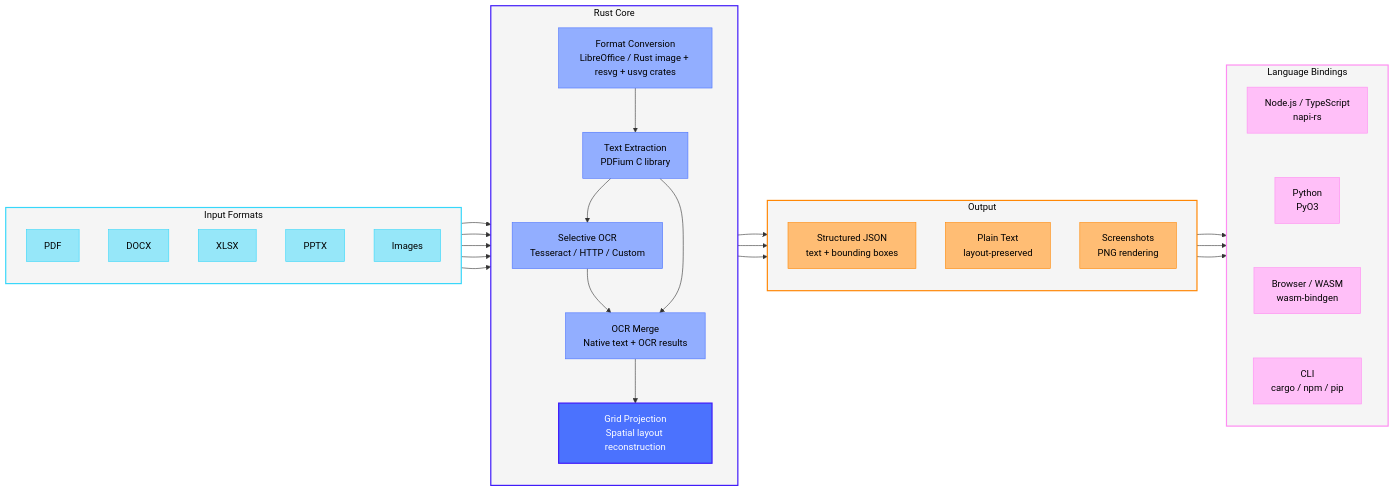
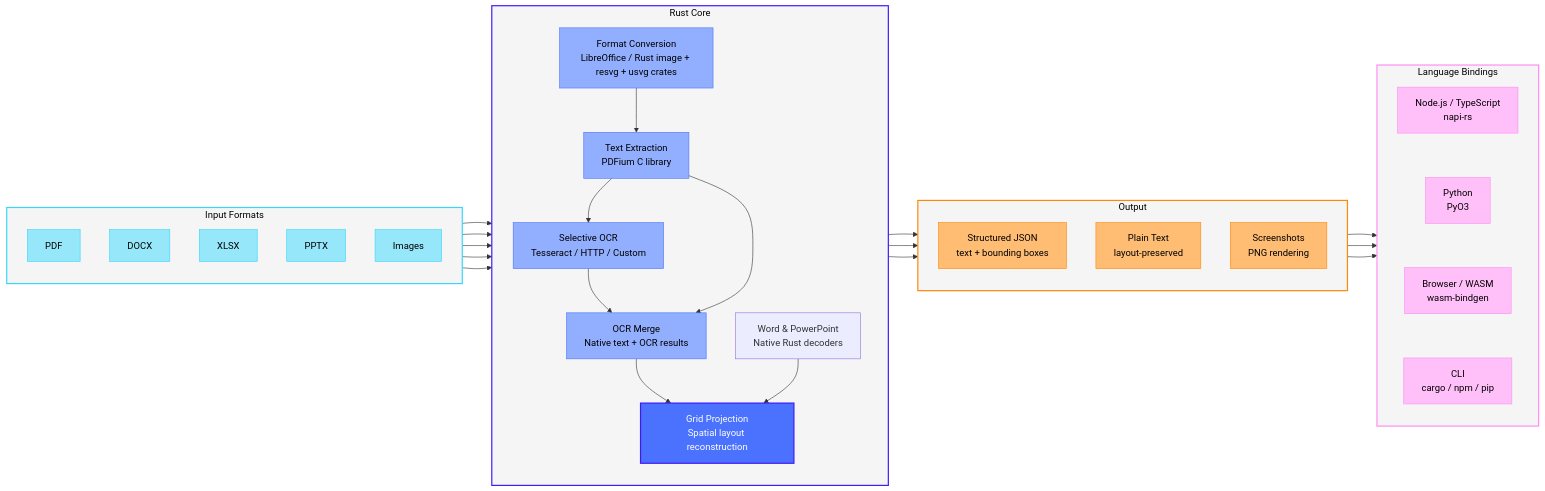
The diagram in README.md (run-llama/liteparse), drawn with Mermaid before and after one commit. The commit also changed other lines of this file and 500 other files, not shown here.

First line of the commit message:
Decode .docx/.doc/.pptx/.ppt natively instead of via LibreOffice

````diff
--- a/README.md
+++ b/README.md
@@ -48,70 +48,72 @@
 ```mermaid
 flowchart LR
       subgraph Input["Input Formats"]
           direction TB
           PDF["PDF"]
           DOCX["DOCX"]
           XLSX["XLSX"]
           PPTX["PPTX"]
           IMG["Images"]
       end
 
       subgraph Core["Rust Core"]
           direction TB
+          OFFICE["Word & PowerPoint\nNative Rust decoders"]
           CONV["Format Conversion\nLibreOffice / Rust image + resvg + usvg crates"]
           EXTRACT["Text Extraction\nPDFium C library"]
           OCR["Selective OCR\nTesseract / HTTP / Custom"]
           MERGE["OCR Merge\nNative text + OCR results"]
           PROJ["Grid Projection\nSpatial layout reconstruction"]
           CONV --> EXTRACT
           EXTRACT --> OCR --> MERGE --> PROJ
           EXTRACT --> MERGE
       end
 
       subgraph Output[" Output "]
           direction TB
           JSON["Structured JSON\ntext + bounding boxes"]
           TEXT["Plain Text\nlayout-preserved"]
           SCREEN["Screenshots\nPNG rendering"]
       end
 
       subgraph Bindings["Language Bindings"]
           direction TB
           NAPI["Node.js / TypeScript\nnapi-rs"]
           PYO3["Python\nPyO3"]
           WASM["Browser / WASM\nwasm-bindgen"]
           CLI["CLI\ncargo / npm / pip"]
           NAPI ~~~ PYO3 ~~~ WASM ~~~ CLI
       end
 
       PDF --> EXTRACT
-      DOCX & XLSX & PPTX & IMG --> CONV
+      DOCX & PPTX --> OFFICE --> PROJ
+      XLSX & IMG --> CONV
       PROJ --> JSON & TEXT & SCREEN
       JSON & TEXT & SCREEN --> Bindings
 
       style Input fill:#F5F5F5,color:#000000,stroke:#37D7FA,stroke-width:2px
       style Core fill:#F5F5F5,color:#000000,stroke:#3E18F9,stroke-width:2px
       style Output fill:#F5F5F5,color:#000000,stroke:#FF8705,stroke-width:2px
       style Bindings fill:#F5F5F5,color:#000000,stroke:#FF8DF2,stroke-width:2px
 
       style PDF fill:#96E7F9,color:#000000,stroke:#37D7FA,stroke-width:1px
       style DOCX fill:#96E7F9,color:#000000,stroke:#37D7FA,stroke-width:1px
       style XLSX fill:#96E7F9,color:#000000,stroke:#37D7FA,stroke-width:1px
       style PPTX fill:#96E7F9,color:#000000,stroke:#37D7FA,stroke-width:1px
       style IMG fill:#96E7F9,color:#000000,stroke:#37D7FA,stroke-width:1px
 
       style CONV fill:#92AEFF,color:#000000,stroke:#4B72FE,stroke-width:1px
       style EXTRACT fill:#92AEFF,color:#000000,stroke:#4B72FE,stroke-width:1px
       style OCR fill:#92AEFF,color:#000000,stroke:#4B72FE,stroke-width:1px
       style MERGE fill:#92AEFF,color:#000000,stroke:#4B72FE,stroke-width:1px
       style PROJ fill:#4B72FE,color:#FFFFFF,stroke:#3E18F9,stroke-width:2px
 
       style JSON fill:#FFBD74,color:#000000,stroke:#FF8705,stroke-width:1px
       style TEXT fill:#FFBD74,color:#000000,stroke:#FF8705,stroke-width:1px
       style SCREEN fill:#FFBD74,color:#000000,stroke:#FF8705,stroke-width:1px
 
       style NAPI fill:#FFBFF8,color:#000000,stroke:#FF8DF2,stroke-width:1px
       style PYO3 fill:#FFBFF8,color:#000000,stroke:#FF8DF2,stroke-width:1px
       style WASM fill:#FFBFF8,color:#000000,stroke:#FF8DF2,stroke-width:1px
       style CLI fill:#FFBFF8,color:#000000,stroke:#FF8DF2,stroke-width:1px
 ```
````
